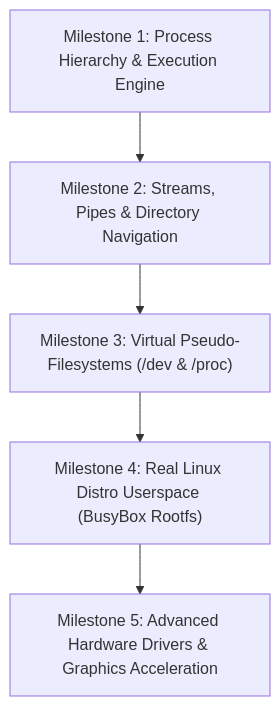
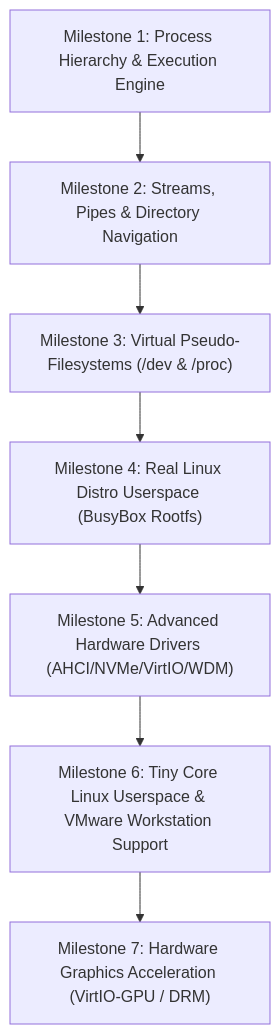
One commit to TheLunatic1/Lunix changed the diagram in ROADMAP.md. Above: the diagram before and after it, drawn with Mermaid. The commit also changed other lines of this file and 46 other files, not shown here.

Commit message:
Tiny Core Linux Distribution

````diff
--- a/ROADMAP.md
+++ b/ROADMAP.md
@@ -41,7 +41,9 @@
 ```mermaid
 graph TD
     M1["Milestone 1: Process Hierarchy & Execution Engine"] --> M2["Milestone 2: Streams, Pipes & Directory Navigation"]
     M2 --> M3["Milestone 3: Virtual Pseudo-Filesystems (/dev & /proc)"]
     M3 --> M4["Milestone 4: Real Linux Distro Userspace (BusyBox Rootfs)"]
-    M4 --> M5["Milestone 5: Advanced Hardware Drivers & Graphics Acceleration"]
+    M4 --> M5["Milestone 5: Advanced Hardware Drivers (AHCI/NVMe/VirtIO/WDM)"]
+    M5 --> M6["Milestone 6: Tiny Core Linux Userspace & VMware Workstation Support"]
+    M6 --> M7["Milestone 7: Hardware Graphics Acceleration (VirtIO-GPU / DRM)"]
 ```
````
